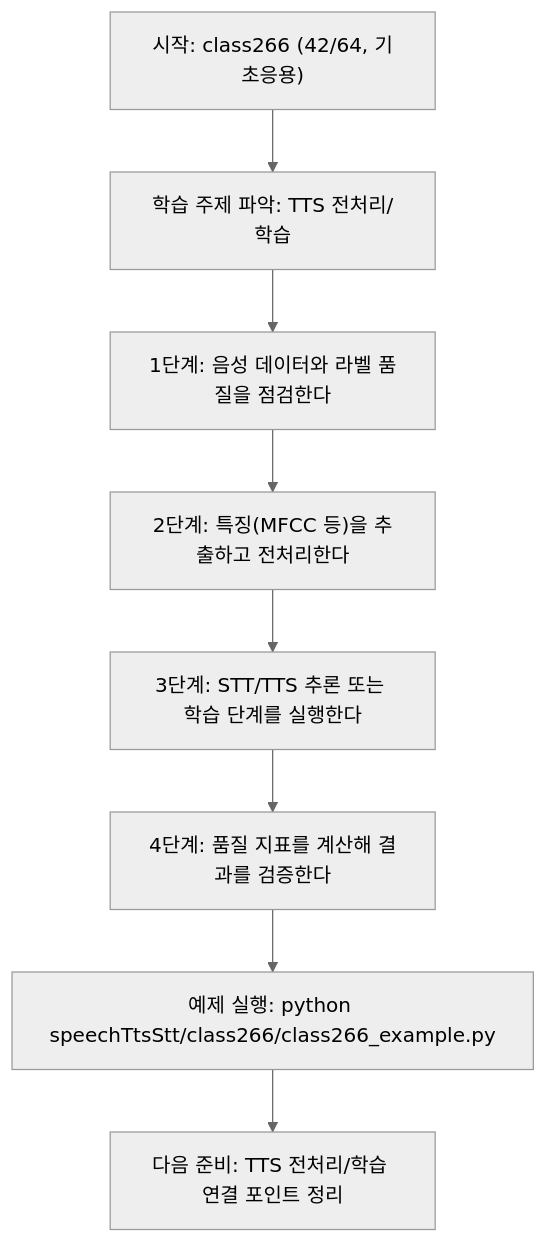
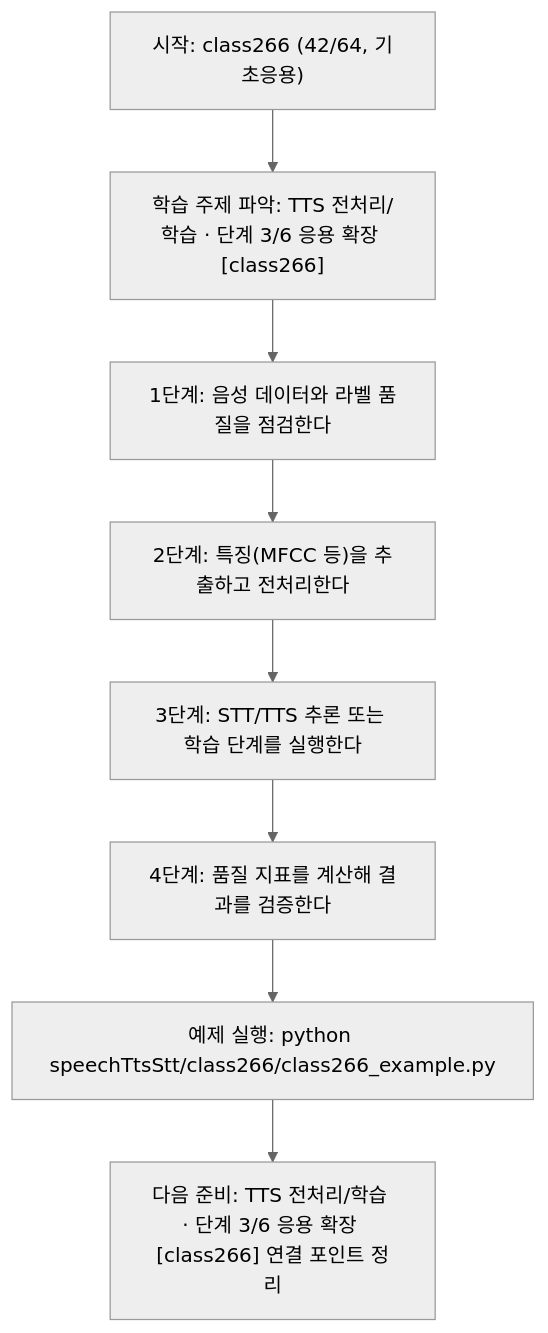
The diagram in speechTtsStt/class266/class266.md (edumgt/Python-AI_Agent-Class), drawn with Mermaid (neutral theme) before and after one commit. The commit also changed other lines of this file and 522 other files, not shown here.

````diff
--- a/speechTtsStt/class266/class266.md
+++ b/speechTtsStt/class266/class266.md
@@ -113,18 +114,18 @@
 ```mermaid
 flowchart TD
 N1["시작: class266 (42/64, 기초응용)"]
-N2["학습 주제 파악: TTS 전처리/학습"]
+N2["학습 주제 파악: TTS 전처리/학습 · 단계 3/6 응용 확장 [class266]"]
 N3["1단계: 음성 데이터와 라벨 품질을 점검한다"]
 N4["2단계: 특징(MFCC 등)을 추출하고 전처리한다"]
 N5["3단계: STT/TTS 추론 또는 학습 단계를 실행한다"]
 N6["4단계: 품질 지표를 계산해 결과를 검증한다"]
 N7["예제 실행: python speechTtsStt/class266/class266_example.py"]
-N8["다음 준비: TTS 전처리/학습 연결 포인트 정리"]
+N8["다음 준비: TTS 전처리/학습 · 단계 3/6 응용 확장 [class266] 연결 포인트 정리"]
 N1 --> N2
 N2 --> N3
 N3 --> N4
 N4 --> N5
 N5 --> N6
 N6 --> N7
 N7 --> N8
 ```
````
